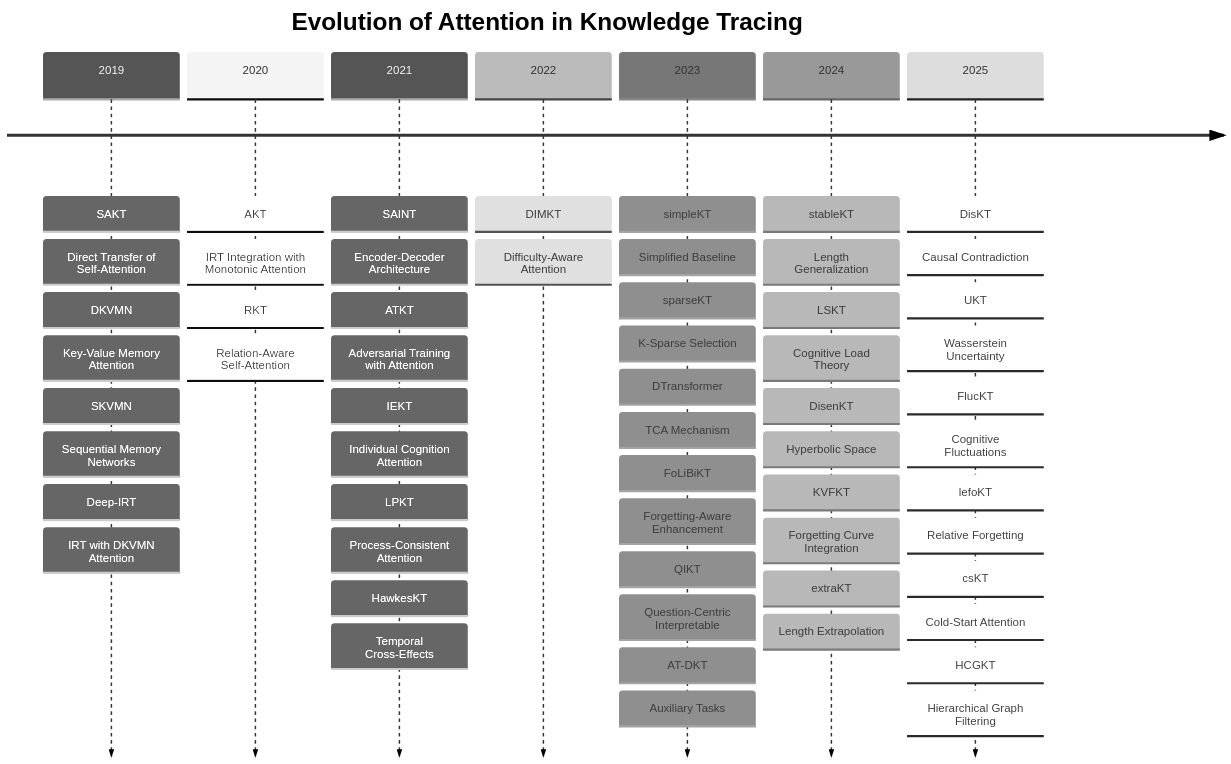
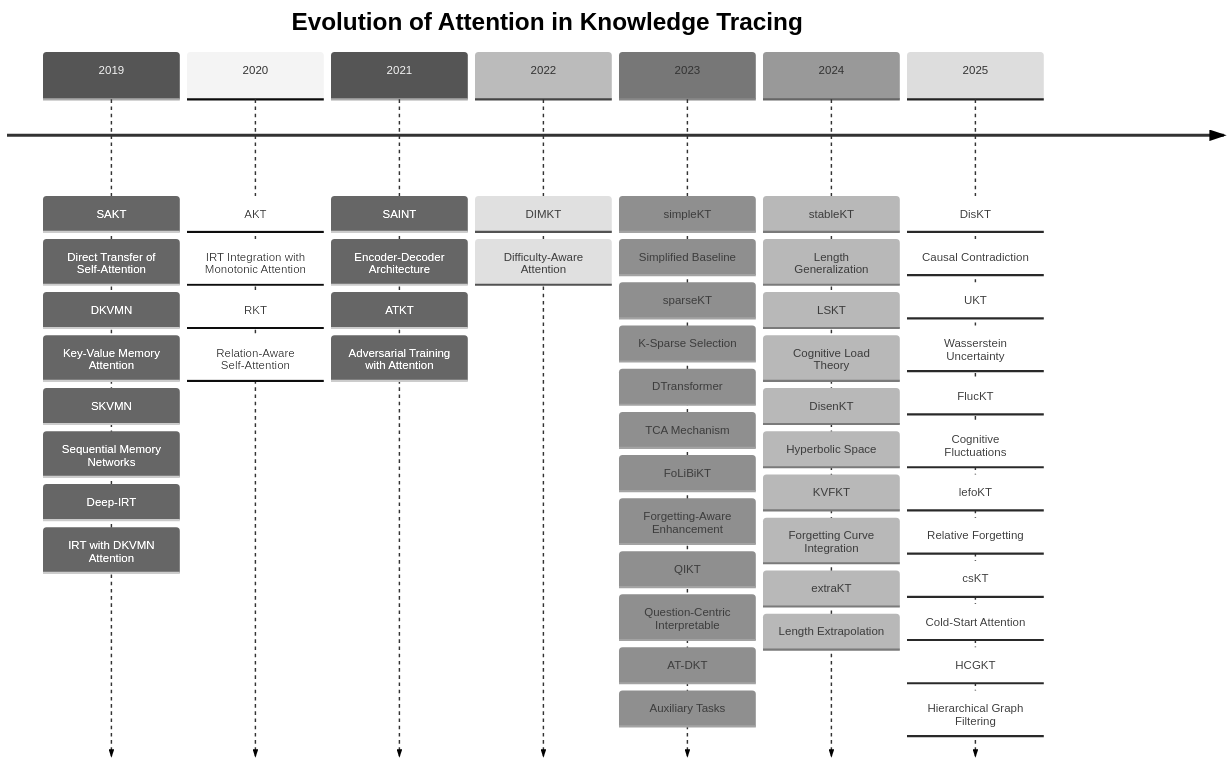
Before and after one commit to clabra/pykt-toolkit: the fourth of 8 diagrams in assistant/taxonomy.md, drawn with Mermaid (neutral theme). The commit also changed other lines of this file and 5 other files, not shown here.

````diff
--- a/assistant/taxonomy.md
+++ b/assistant/taxonomy.md
@@ -207,33 +486,30 @@
 ```mermaid
 timeline
     title Evolution of Attention in Knowledge Tracing
     2019      : SAKT : Direct Transfer of Self-Attention
               : DKVMN : Key-Value Memory Attention
               : SKVMN : Sequential Memory Networks
               : Deep-IRT : IRT with DKVMN Attention
     2020      : AKT : IRT Integration with Monotonic Attention
               : RKT : Relation-Aware Self-Attention
     2021      : SAINT : Encoder-Decoder Architecture
               : ATKT : Adversarial Training with Attention
-              : IEKT : Individual Cognition Attention
-              : LPKT : Process-Consistent Attention
-              : HawkesKT : Temporal Cross-Effects
     2022      : DIMKT : Difficulty-Aware Attention
     2023      : simpleKT : Simplified Baseline
               : sparseKT : K-Sparse Selection
               : DTransformer : TCA Mechanism
               : FoLiBiKT : Forgetting-Aware Enhancement
               : QIKT : Question-Centric Interpretable
               : AT-DKT : Auxiliary Tasks
     2024      : stableKT : Length Generalization
               : LSKT : Cognitive Load Theory
               : DisenKT : Hyperbolic Space
               : KVFKT : Forgetting Curve Integration
               : extraKT : Length Extrapolation
     2025      : DisKT : Causal Contradiction
               : UKT : Wasserstein Uncertainty
               : FlucKT : Cognitive Fluctuations
               : lefoKT : Relative Forgetting
               : csKT : Cold-Start Attention
               : HCGKT : Hierarchical Graph Filtering
 ```
````
